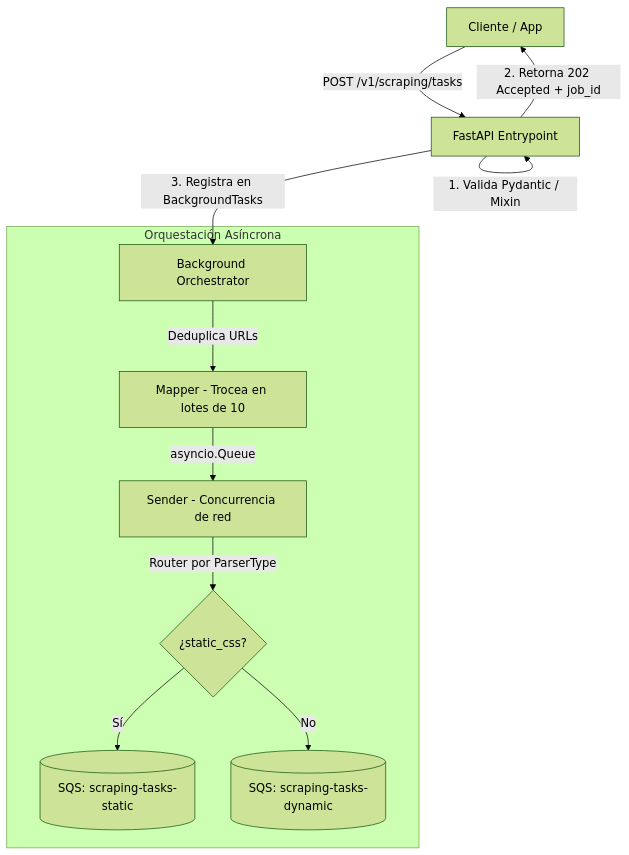
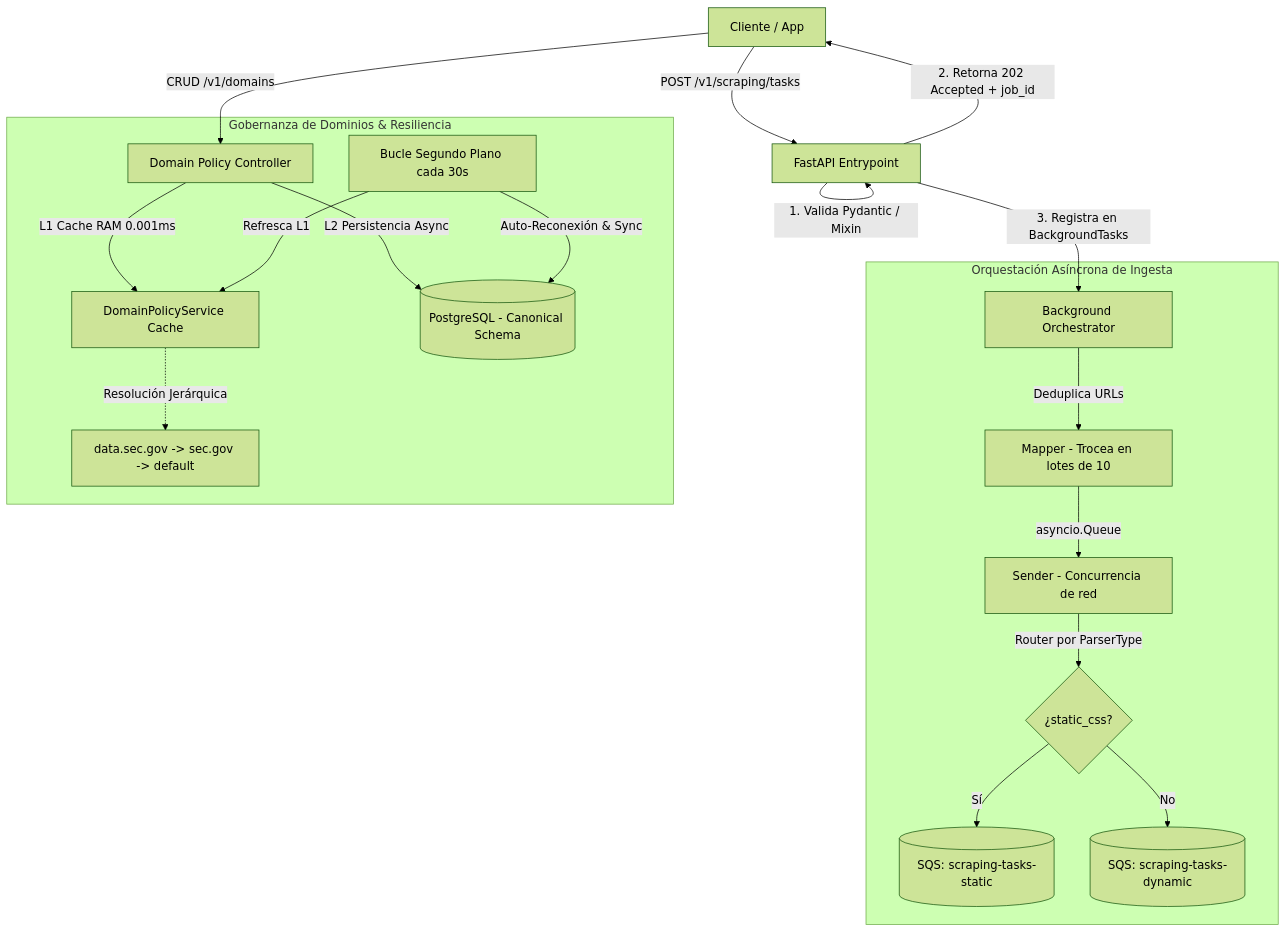
One commit to ArturoCarrilloJimenez/WebScrapingDistributed changed the diagram in producer/README.md. Above: the diagram before and after it, drawn with Mermaid (forest theme). The commit also changed other lines of this file and 4 other files, not shown here.

````diff
--- a/producer/README.md
+++ b/producer/README.md
@@ -13,15 +15,25 @@
 ```mermaid
 graph TD
     Client[Cliente / App] -->|POST /v1/scraping/tasks| API[FastAPI Entrypoint]
+    Client -->|CRUD /v1/domains| DomainRouter[Domain Policy Controller]
+    
     API -->|1. Valida Pydantic / Mixin| API
     API -->|2. Retorna 202 Accepted + job_id| Client
     API -->|3. Registra en BackgroundTasks| BG[Background Orchestrator]
 
-    subgraph Orquestación Asíncrona
+    subgraph Orquestación Asíncrona de Ingesta
         BG -->|Deduplica URLs| Map[Mapper - Trocea en lotes de 10]
         Map -->|asyncio.Queue| Send[Sender - Concurrencia de red]
         Send -->|Router por ParserType| Router{¿static_css?}
         Router -->|Sí| SQSStatic[(SQS: scraping-tasks-static)]
         Router -->|No| SQSDynamic[(SQS: scraping-tasks-dynamic)]
     end
+
+    subgraph Gobernanza de Dominios & Resiliencia
+        DomainRouter -->|L1 Cache RAM 0.001ms| L1Cache[DomainPolicyService Cache]
+        DomainRouter -->|L2 Persistencia Async| PostgresDB[(PostgreSQL - Canonical Schema)]
+        L1Cache -.->|Resolución Jerárquica| Hierarchy[data.sec.gov -> sec.gov -> default]
+        BGHealth[Bucle Segundo Plano cada 30s] -->|Auto-Reconexión & Sync| PostgresDB
+        BGHealth -->|Refresca L1| L1Cache
+    end
 ```
````
